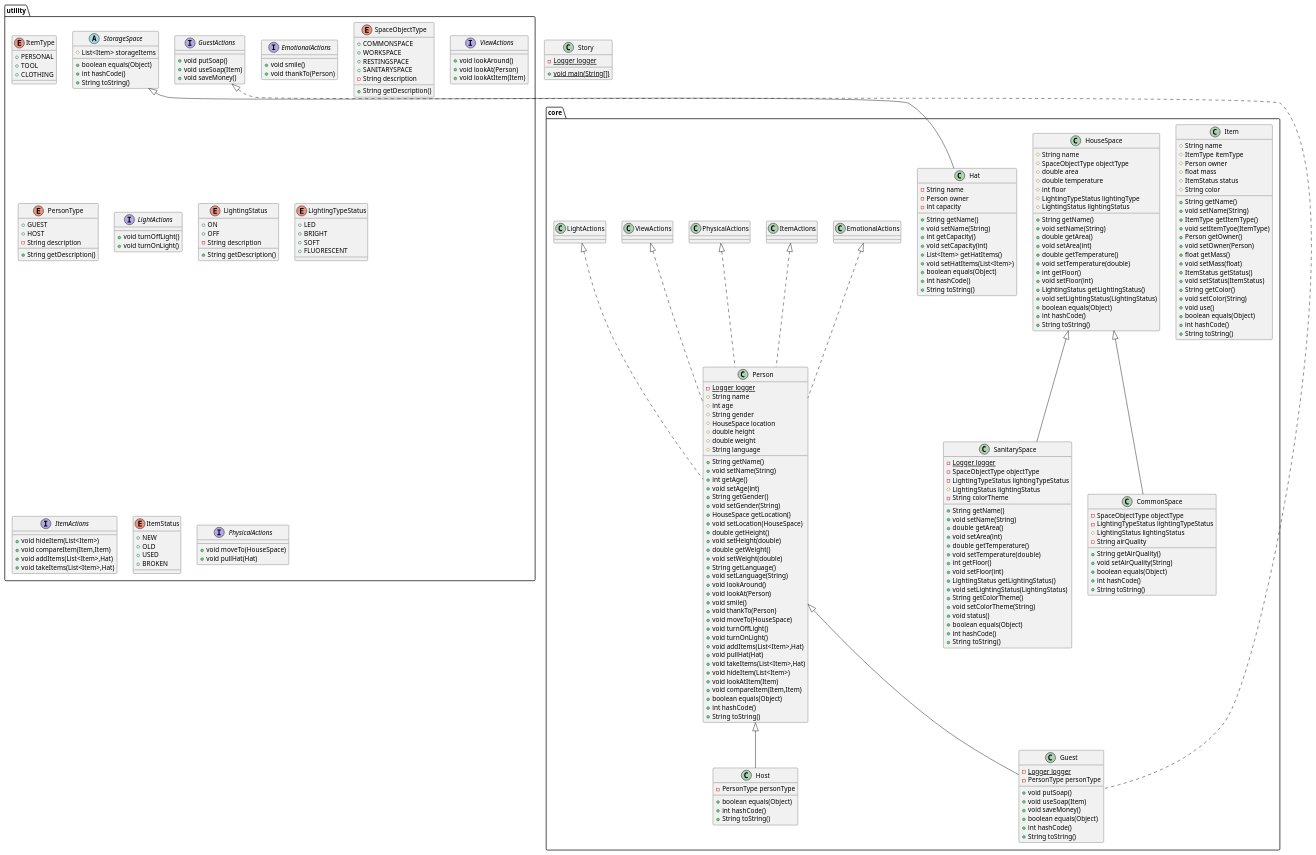
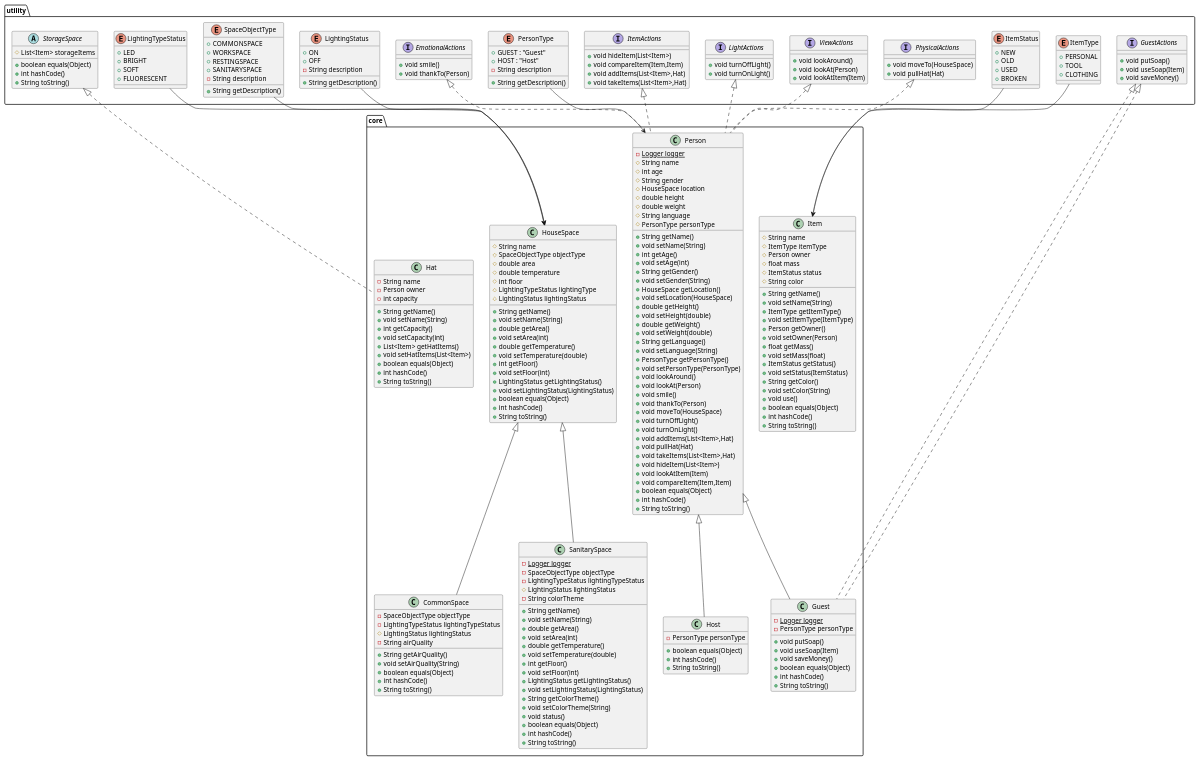
Before and after one commit to TanDung233/Programming: the diagram in Lab3/src/diagram.puml, drawn with PlantUML.

```diff
--- a/Lab3/src/diagram.puml
+++ b/Lab3/src/diagram.puml
@@ -1,275 +1,295 @@
 @startuml
+
+' Lớp core.Item
 class core.Item {
-# String name
-# ItemType itemType
-# Person owner
-# float mass
-# ItemStatus status
-# String color
-+ String getName()
-+ void setName(String)
-+ ItemType getItemType()
-+ void setItemTyoe(ItemType)
-+ Person getOwner()
-+ void setOwner(Person)
-+ float getMass()
-+ void setMass(float)
-+ ItemStatus getStatus()
-+ void setStatus(ItemStatus)
-+ String getColor()
-+ void setColor(String)
-+ void use()
-+ boolean equals(Object)
-+ int hashCode()
-+ String toString()
+  # String name
+  # ItemType itemType
+  # Person owner
+  # float mass
+  # ItemStatus status
+  # String color
+  + String getName()
+  + void setName(String)
+  + ItemType getItemType()
+  + void setItemType(ItemType)
+  + Person getOwner()
+  + void setOwner(Person)
+  + float getMass()
+  + void setMass(float)
+  + ItemStatus getStatus()
+  + void setStatus(ItemStatus)
+  + String getColor()
+  + void setColor(String)
+  + void use()
+  + boolean equals(Object)
+  + int hashCode()
+  + String toString()
 }
 
-
+' Enum utility.ItemType
 enum utility.ItemType {
-+  PERSONAL
-+  TOOL
-+  CLOTHING
+  + PERSONAL
+  + TOOL
+  + CLOTHING
 }
 
+' Interface utility.EmotionalActions
 interface utility.EmotionalActions {
-+ void smile()
-+ void thankTo(Person)
+  + void smile()
+  + void thankTo(Person)
 }
 
-class Story {
-- {static} Logger logger
-+ {static} void main(String[])
+' Lớp core.Guest kế thừa core.Person và implement utility.GuestActions
+class core.Guest {
+  - {static} Logger logger
+  - PersonType personType
+  + void putSoap()
+  + void useSoap(Item)
+  + void saveMoney()
+  + boolean equals(Object)
+  + int hashCode()
+  + String toString()
 }
 
+core.Person <|-- core.Guest
+utility.GuestActions <|.. core.Guest
 
-class core.Guest {
-- {static} Logger logger
-- PersonType personType
-+ void putSoap()
-+ void useSoap(Item)
-+ void saveMoney()
-+ boolean equals(Object)
-+ int hashCode()
-+ String toString()
+' Lớp core.CommonSpace kế thừa core.HouseSpace
+class core.CommonSpace {
+  - SpaceObjectType objectType
+  - LightingTypeStatus lightingTypeStatus
+  # LightingStatus lightingStatus
+  - String airQuality
+  + String getAirQuality()
+  + void setAirQuality(String)
+  + boolean equals(Object)
+  + int hashCode()
+  + String toString()
 }
 
+core.HouseSpace <|-- core.CommonSpace
 
-class core.CommonSpace {
-- SpaceObjectType objectType
-- LightingTypeStatus lightingTypeStatus
-# LightingStatus lightingStatus
-- String airQuality
-+ String getAirQuality()
-+ void setAirQuality(String)
-+ boolean equals(Object)
-+ int hashCode()
-+ String toString()
+' Abstract class utility.StorageSpace
+abstract class utility.StorageSpace {
+  # List<Item> storageItems
+  + boolean equals(Object)
+  + int hashCode()
+  + String toString()
 }
 
-
-abstract class utility.StorageSpace {
-# List<Item> storageItems
-+ boolean equals(Object)
-+ int hashCode()
-+ String toString()
+' Enum utility.SpaceObjectType
+enum utility.SpaceObjectType {
+  + COMMONSPACE
+  + WORKSPACE
+  + RESTINGSPACE
+  + SANITARYSPACE
+  - String description
+  + String getDescription()
 }
 
-
-enum utility.SpaceObjectType {
-+  COMMONSPACE
-+  WORKSPACE
-+  RESTINGSPACE
-+  SANITARYSPACE
-- String description
-+ String getDescription()
+' Interface utility.ViewActions
+interface utility.ViewActions {
+  + void lookAround()
+  + void lookAt(Person)
+  + void lookAtItem(Item)
 }
 
-
-interface utility.ViewActions {
-+ void lookAround()
-+ void lookAt(Person)
-+ void lookAtItem(Item)
+' Lớp core.SanitarySpace kế thừa core.HouseSpace
+class core.SanitarySpace {
+  - {static} Logger logger
+  - SpaceObjectType objectType
+  - LightingTypeStatus lightingTypeStatus
+  # LightingStatus lightingStatus
+  - String colorTheme
+  + String getName()
+  + void setName(String)
+  + double getArea()
+  + void setArea(int)
+  + double getTemperature()
+  + void setTemperature(double)
+  + int getFloor()
+  + void setFloor(int)
+  + LightingStatus getLightingStatus()
+  + void setLightingStatus(LightingStatus)
+  + String getColorTheme()
+  + void setColorTheme(String)
+  + void status()
+  + boolean equals(Object)
+  + int hashCode()
+  + String toString()
 }
 
-class core.SanitarySpace {
-- {static} Logger logger
-- SpaceObjectType objectType
-- LightingTypeStatus lightingTypeStatus
-# LightingStatus lightingStatus
-- String colorTheme
-+ String getName()
-+ void setName(String)
-+ double getArea()
-+ void setArea(int)
-+ double getTemperature()
-+ void setTemperature(double)
-+ int getFloor()
-+ void setFloor(int)
-+ LightingStatus getLightingStatus()
-+ void setLightingStatus(LightingStatus)
-+ String getColorTheme()
-+ void setColorTheme(String)
-+ void status()
-+ boolean equals(Object)
-+ int hashCode()
-+ String toString()
+core.HouseSpace <|-- core.SanitarySpace
+
+' Lớp core.HouseSpace
+class core.HouseSpace {
+  # String name
+  # SpaceObjectType objectType
+  # double area
+  # double temperature
+  # int floor
+  # LightingTypeStatus lightingType
+  # LightingStatus lightingStatus
+  + String getName()
+  + void setName(String)
+  + double getArea()
+  + void setArea(int)
+  + double getTemperature()
+  + void setTemperature(double)
+  + int getFloor()
+  + void setFloor(int)
+  + LightingStatus getLightingStatus()
+  + void setLightingStatus(LightingStatus)
+  + boolean equals(Object)
+  + int hashCode()
+  + String toString()
 }
 
-
-class core.HouseSpace {
-# String name
-# SpaceObjectType objectType
-# double area
-# double temperature
-# int floor
-# LightingTypeStatus lightingType
-# LightingStatus lightingStatus
-+ String getName()
-+ void setName(String)
-+ double getArea()
-+ void setArea(int)
-+ double getTemperature()
-+ void setTemperature(double)
-+ int getFloor()
-+ void setFloor(int)
-+ LightingStatus getLightingStatus()
-+ void setLightingStatus(LightingStatus)
-+ boolean equals(Object)
-+ int hashCode()
-+ String toString()
+' Enum utility.LightingStatus
+enum utility.LightingStatus {
+  + ON
+  + OFF
+  - String description
+  + String getDescription()
 }
 
-
-enum utility.PersonType {
-+  GUEST
-+  HOST
-- String description
-+ String getDescription()
+' Enum utility.LightingTypeStatus
+enum utility.LightingTypeStatus {
+  + LED
+  + BRIGHT
+  + SOFT
+  + FLUORESCENT
 }
 
-
+' Lớp core.Hat
 class core.Hat {
-- String name
-- Person owner
-- int capacity
-+ String getName()
-+ void setName(String)
-+ int getCapacity()
-+ void setCapacity(int)
-+ List<Item> getHatItems()
-+ void setHatItems(List<Item>)
-+ boolean equals(Object)
-+ int hashCode()
-+ String toString()
+  - String name
+  - Person owner
+  - int capacity
+  + String getName()
+  + void setName(String)
+  + int getCapacity()
+  + void setCapacity(int)
+  + List<Item> getHatItems()
+  + void setHatItems(List<Item>)
+  + boolean equals(Object)
+  + int hashCode()
+  + String toString()
 }
 
-
+' Lớp core.Person
 class core.Person {
-- {static} Logger logger
-# String name
-# int age
-# String gender
-# HouseSpace location
-# double height
-# double weight
-# String language
-+ String getName()
-+ void setName(String)
-+ int getAge()
-+ void setAge(int)
-+ String getGender()
-+ void setGender(String)
-+ HouseSpace getLocation()
-+ void setLocation(HouseSpace)
-+ double getHeight()
-+ void setHeight(double)
-+ double getWeight()
-+ void setWeight(double)
-+ String getLanguage()
-+ void setLanguage(String)
-+ void lookAround()
-+ void lookAt(Person)
-+ void smile()
-+ void thankTo(Person)
-+ void moveTo(HouseSpace)
-+ void turnOffLight()
-+ void turnOnLight()
-+ void addItems(List<Item>,Hat)
-+ void pullHat(Hat)
-+ void takeItems(List<Item>,Hat)
-+ void hideItem(List<Item>)
-+ void lookAtItem(Item)
-+ void compareItem(Item,Item)
-+ boolean equals(Object)
-+ int hashCode()
-+ String toString()
+  - {static} Logger logger
+  # String name
+  # int age
+  # String gender
+  # HouseSpace location
+  # double height
+  # double weight
+  # String language
+  # PersonType personType
+  + String getName()
+  + void setName(String)
+  + int getAge()
+  + void setAge(int)
+  + String getGender()
+  + void setGender(String)
+  + HouseSpace getLocation()
+  + void setLocation(HouseSpace)
+  + double getHeight()
+  + void setHeight(double)
+  + double getWeight()
+  + void setWeight(double)
+  + String getLanguage()
+  + void setLanguage(String)
+  + PersonType getPersonType()
+  + void setPersonType(PersonType)
+  + void lookAround()
+  + void lookAt(Person)
+  + void smile()
+  + void thankTo(Person)
+  + void moveTo(HouseSpace)
+  + void turnOffLight()
+  + void turnOnLight()
+  + void addItems(List<Item>,Hat)
+  + void pullHat(Hat)
+  + void takeItems(List<Item>,Hat)
+  + void hideItem(List<Item>)
+  + void lookAtItem(Item)
+  + void compareItem(Item,Item)
+  + boolean equals(Object)
+  + int hashCode()
+  + String toString()
 }
 
-
+' Interface utility.LightActions
 interface utility.LightActions {
-+ void turnOffLight()
-+ void turnOnLight()
+  + void turnOffLight()
+  + void turnOnLight()
 }
 
-enum utility.LightingStatus {
-+  ON
-+  OFF
-- String description
-+ String getDescription()
+' Interface utility.ItemActions
+interface utility.ItemActions {
+  + void hideItem(List<Item>)
+  + void compareItem(Item,Item)
+  + void addItems(List<Item>,Hat)
+  + void takeItems(List<Item>,Hat)
 }
 
-
-enum utility.LightingTypeStatus {
-+  LED
-+  BRIGHT
-+  SOFT
-+  FLUORESCENT
+' Enum utility.ItemStatus
+enum utility.ItemStatus {
+  + NEW
+  + OLD
+  + USED
+  + BROKEN
 }
 
-interface utility.ItemActions {
-+ void hideItem(List<Item>)
-+ void compareItem(Item,Item)
-+ void addItems(List<Item>,Hat)
-+ void takeItems(List<Item>,Hat)
+' Interface utility.GuestActions
+interface utility.GuestActions {
+  + void putSoap()
+  + void useSoap(Item)
+  + void saveMoney()
 }
 
-enum utility.ItemStatus {
-+  NEW
-+  OLD
-+  USED
-+  BROKEN
+' Interface utility.PhysicalActions
+interface utility.PhysicalActions {
+  + void moveTo(HouseSpace)
+  + void pullHat(Hat)
 }
 
-interface utility.GuestActions {
-+ void putSoap()
-+ void useSoap(Item)
-+ void saveMoney()
+' Lớp core.Host
+class core.Host {
+  - PersonType personType
+  + boolean equals(Object)
+  + int hashCode()
+  + String toString()
 }
 
-interface utility.PhysicalActions {
-+ void moveTo(HouseSpace)
-+ void pullHat(Hat)
+core.Person <|-- core.Host
+
+' Các liên kết
+utility.GuestActions <|.. core.Guest
+utility.LightActions <|.. core.Person
+utility.ItemActions <|.. core.Person
+utility.PhysicalActions <|.. core.Person
+utility.ViewActions <|.. core.Person
+utility.EmotionalActions <|.. core.Person
+
+' Các liên kết enum
+utility.ItemType --> core.Item
+utility.ItemStatus --> core.Item
+utility.LightingStatus --> core.HouseSpace
+utility.LightingTypeStatus --> core.HouseSpace
+utility.SpaceObjectType --> core.HouseSpace
+utility.PersonType --> core.Person
+utility.StorageSpace <|.. core.Hat
+
+' Enum PersonType với mô tả và phương thức
+enum utility.PersonType {
+  + GUEST : "Guest"
+  + HOST : "Host"
+  - String description
+  + String getDescription()
 }
 
-class core.Host {
-- PersonType personType
-+ boolean equals(Object)
-+ int hashCode()
-+ String toString()
-}
-
-
-
-
-utility.GuestActions <|.. core.Guest
-core.Person <|-- core.Guest
-core.HouseSpace <|-- core.CommonSpace
-core.HouseSpace <|-- core.SanitarySpace
-utility.StorageSpace <|-- core.Hat
-core.EmotionalActions <|.. core.Person
-core.ItemActions <|.. core.Person
-core.PhysicalActions <|.. core.Person
-core.ViewActions <|.. core.Person
-core.LightActions <|.. core.Person
-core.Person <|-- core.Host
 @enduml
```
